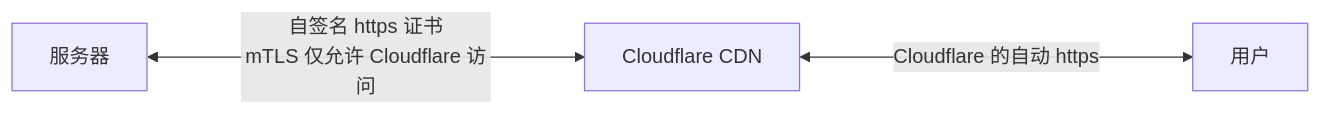
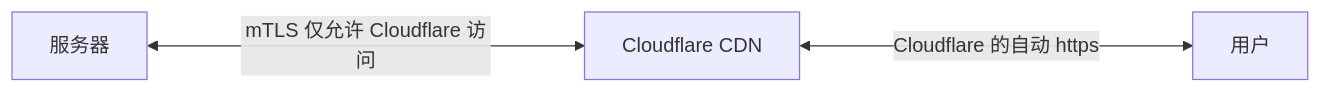
Before and after one commit to zetaloop/loop.build: the first of 2 diagrams in MkDocs/docs/apps/server/stack.md, drawn with Mermaid. The commit also changed other lines of this file, not shown here.

````diff
--- a/MkDocs/docs/apps/server/stack.md
+++ b/MkDocs/docs/apps/server/stack.md
@@ -5,5 +5,5 @@
 ```mermaid
 flowchart LR
-    server[服务器] <---->|自签名 https 证书\nmTLS 仅允许 Cloudflare 访问| cloudflare[Cloudflare CDN]
+    server[服务器] <---->|mTLS 仅允许 Cloudflare 访问| cloudflare[Cloudflare CDN]
     cloudflare <---->|Cloudflare 的自动 https| user[用户]
 ```
````
